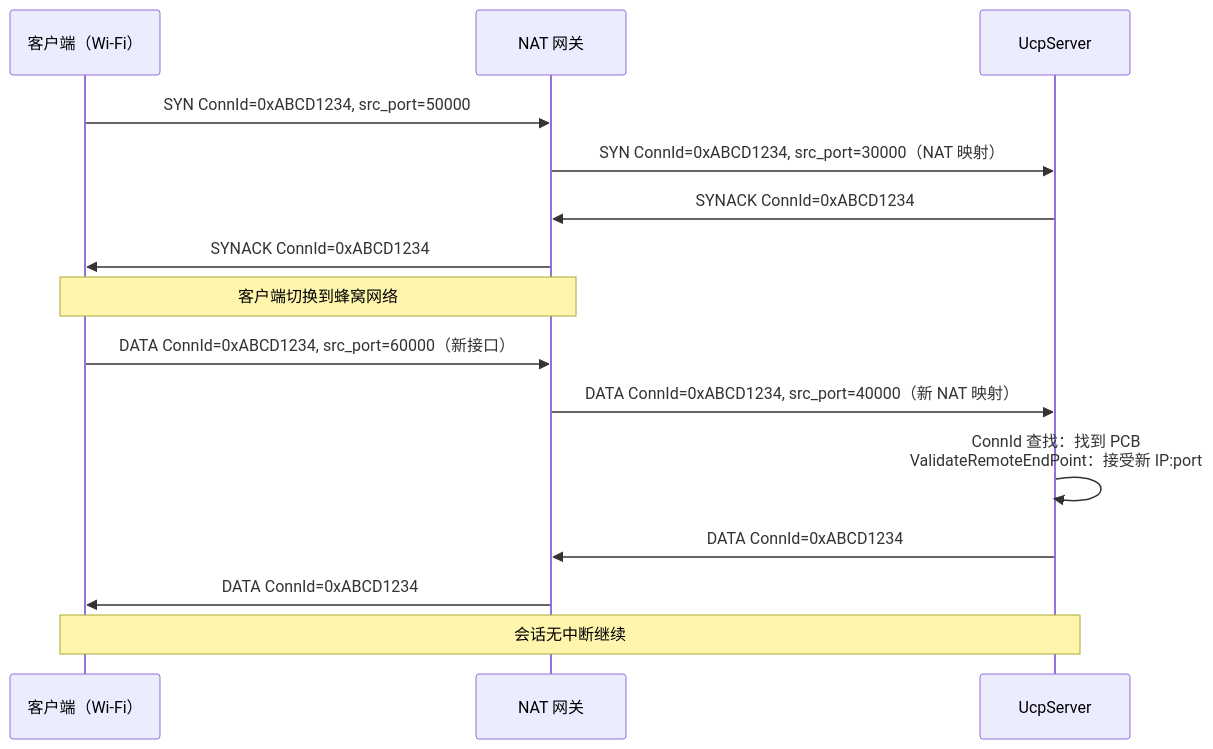
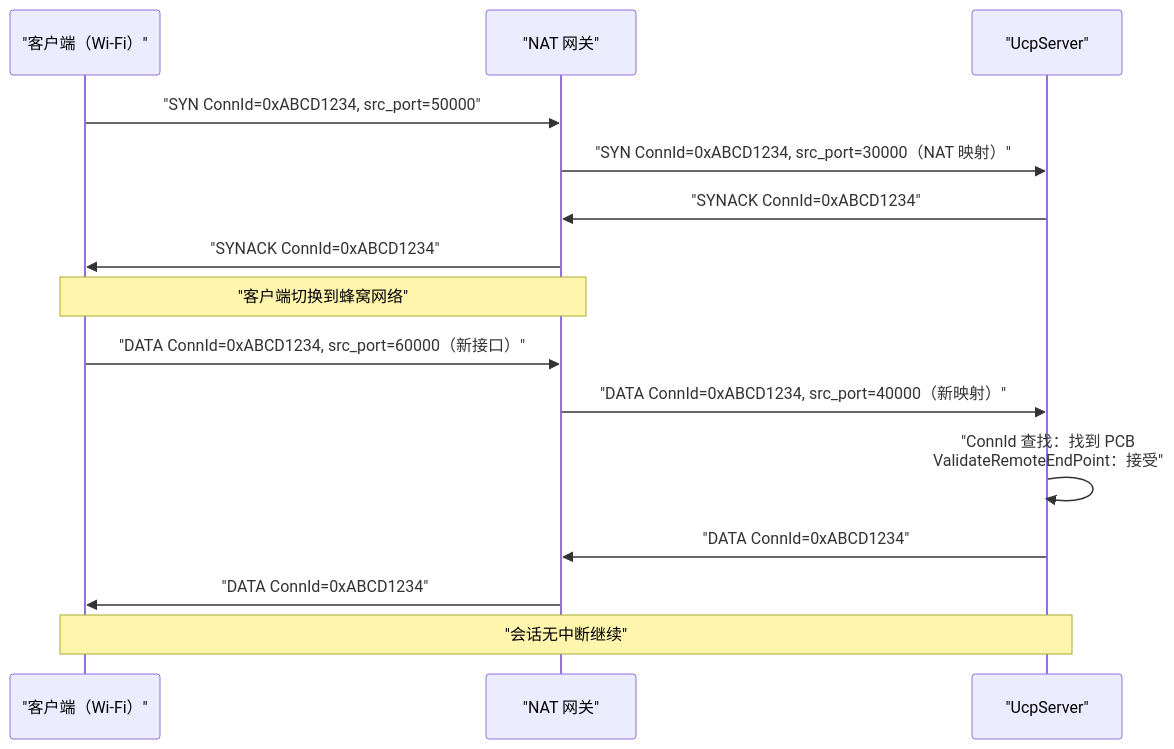
Before and after one commit to liulilittle/ucp: the eighth of 10 diagrams in README_CN.md, drawn with Mermaid. The commit also changed other lines of this file and 43 other files, not shown here.

````diff
--- a/README_CN.md
+++ b/README_CN.md
@@ -434,20 +376,20 @@
 ```mermaid
 sequenceDiagram
-    participant C as 客户端（Wi-Fi）
-    participant N as NAT 网关
-    participant S as UcpServer
-
-    C->>N: SYN ConnId=0xABCD1234, src_port=50000
-    N->>S: SYN ConnId=0xABCD1234, src_port=30000（NAT 映射）
-    S->>N: SYNACK ConnId=0xABCD1234
-    N->>C: SYNACK ConnId=0xABCD1234
-
-    Note over C,N: 客户端切换到蜂窝网络
-
-    C->>N: DATA ConnId=0xABCD1234, src_port=60000（新接口）
-    N->>S: DATA ConnId=0xABCD1234, src_port=40000（新 NAT 映射）
-    S->>S: ConnId 查找：找到 PCB<br/>ValidateRemoteEndPoint：接受新 IP:port
-    S->>N: DATA ConnId=0xABCD1234
-    N->>C: DATA ConnId=0xABCD1234
-    Note over C,S: 会话无中断继续
+    participant C as "客户端（Wi-Fi）"
+    participant N as "NAT 网关"
+    participant S as "UcpServer"
+    
+    C->>N: "SYN ConnId=0xABCD1234, src_port=50000"
+    N->>S: "SYN ConnId=0xABCD1234, src_port=30000（NAT 映射）"
+    S->>N: "SYNACK ConnId=0xABCD1234"
+    N->>C: "SYNACK ConnId=0xABCD1234"
+    
+    Note over C,N: "客户端切换到蜂窝网络"
+    
+    C->>N: "DATA ConnId=0xABCD1234, src_port=60000（新接口）"
+    N->>S: "DATA ConnId=0xABCD1234, src_port=40000（新映射）"
+    S->>S: "ConnId 查找：找到 PCB<br/>ValidateRemoteEndPoint：接受"
+    S->>N: "DATA ConnId=0xABCD1234"
+    N->>C: "DATA ConnId=0xABCD1234"
+    Note over C,S: "会话无中断继续"
 ```
````
